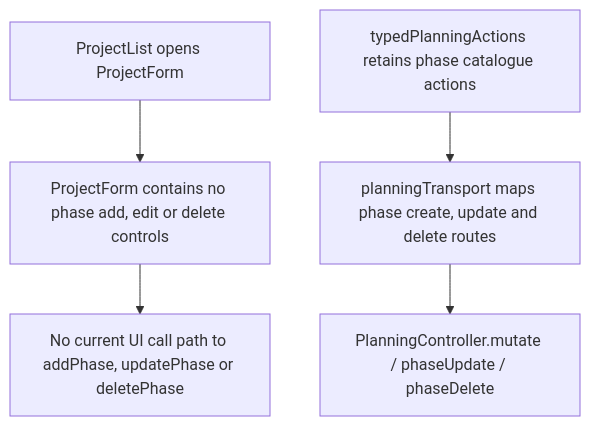
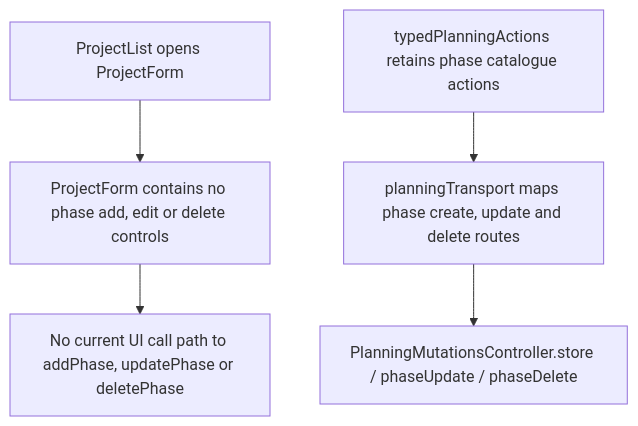
Before and after one commit to Kevinjohn/capacitylens: the second of 2 diagrams in user-stories/projects/US-PRJ-04-manage-phases.md, drawn with Mermaid. The commit also changed other lines of this file and 139 other files, not shown here.

````diff
--- a/user-stories/projects/US-PRJ-04-manage-phases.md
+++ b/user-stories/projects/US-PRJ-04-manage-phases.md
@@ -35,7 +35,7 @@
 ```mermaid
 flowchart TD
   A["ProjectList opens ProjectForm"] --> B["ProjectForm contains no phase add, edit or delete controls"]
   B --> C["No current UI call path to addPhase, updatePhase or deletePhase"]
   D["typedPlanningActions retains phase catalogue actions"] --> E["planningTransport maps phase create, update and delete routes"]
-  E --> F["PlanningController.mutate / phaseUpdate / phaseDelete"]
+  E --> F["PlanningMutationsController.store / phaseUpdate / phaseDelete"]
 ```
````
